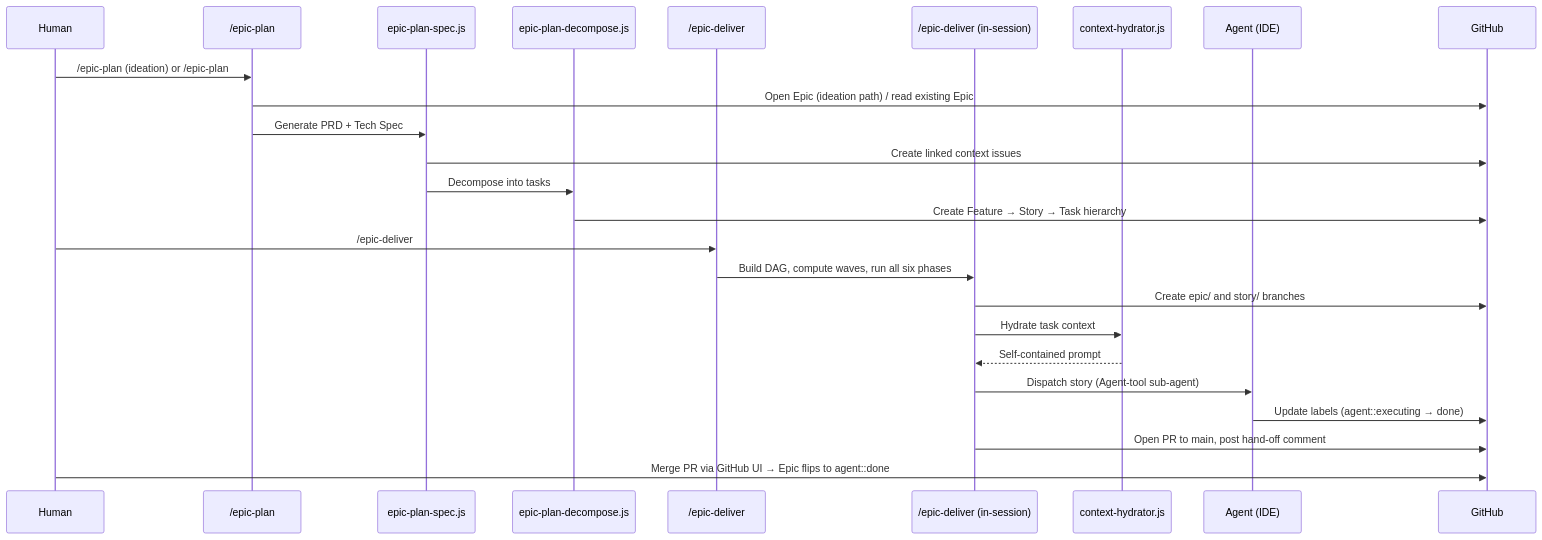
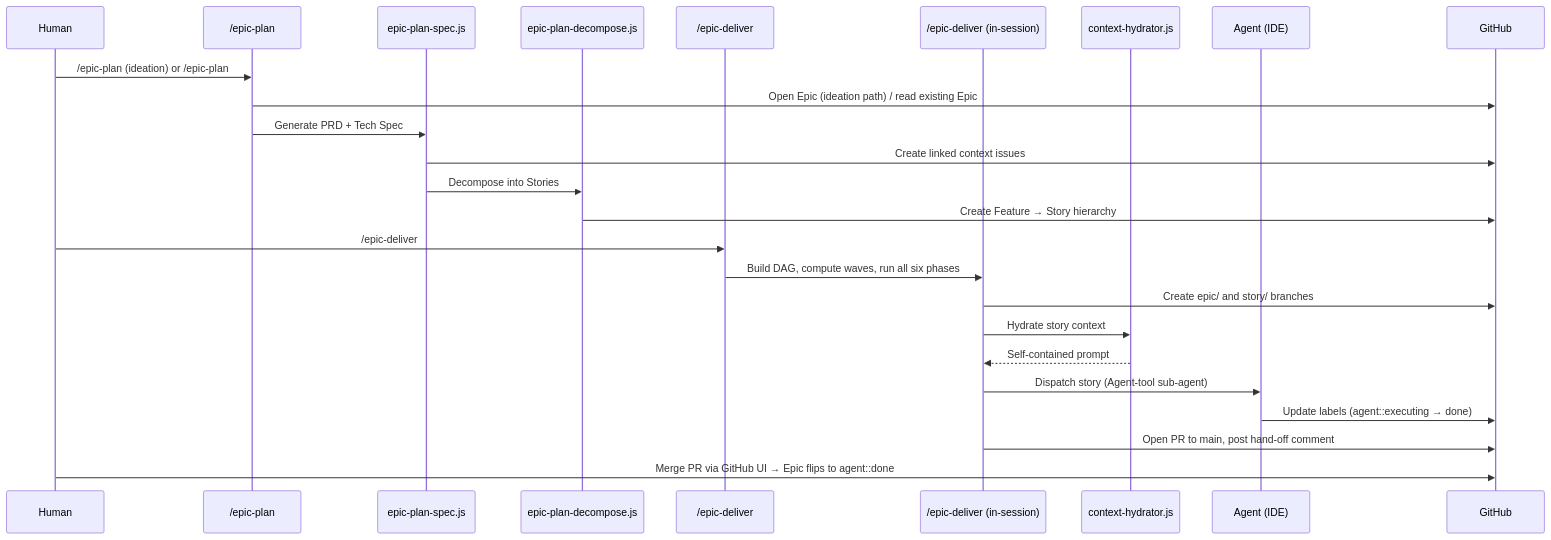
One commit to dsj1984/mandrel changed the sixth of 7 diagrams in docs/architecture.md. Above: the diagram before and after it, drawn with Mermaid. The commit also changed other lines of this file and 3 other files, not shown here.

````diff
--- a/docs/architecture.md
+++ b/docs/architecture.md
@@ -528,29 +528,29 @@
 ```mermaid
 sequenceDiagram
     participant H as Human
     participant P as /epic-plan
     participant EP as epic-plan-spec.js
     participant TD as epic-plan-decompose.js
     participant D as /epic-deliver
     participant EDR as /epic-deliver (in-session)
     participant CH as context-hydrator.js
     participant A as Agent (IDE)
     participant GH as GitHub
 
     H->>P: /epic-plan (ideation) or /epic-plan #EPIC
     P->>GH: Open Epic (ideation path) / read existing Epic
     P->>EP: Generate PRD + Tech Spec
     EP->>GH: Create linked context issues
-    EP->>TD: Decompose into tasks
-    TD->>GH: Create Feature → Story → Task hierarchy
+    EP->>TD: Decompose into Stories
+    TD->>GH: Create Feature → Story hierarchy
 
     H->>D: /epic-deliver #EPIC
     D->>EDR: Build DAG, compute waves, run all six phases
     EDR->>GH: Create epic/ and story/ branches
-    EDR->>CH: Hydrate task context
+    EDR->>CH: Hydrate story context
     CH-->>EDR: Self-contained prompt
     EDR->>A: Dispatch story (Agent-tool sub-agent)
     A->>GH: Update labels (agent::executing → done)
     EDR->>GH: Open PR to main, post hand-off comment
     H->>GH: Merge PR via GitHub UI → Epic flips to agent::done
 ```
````
